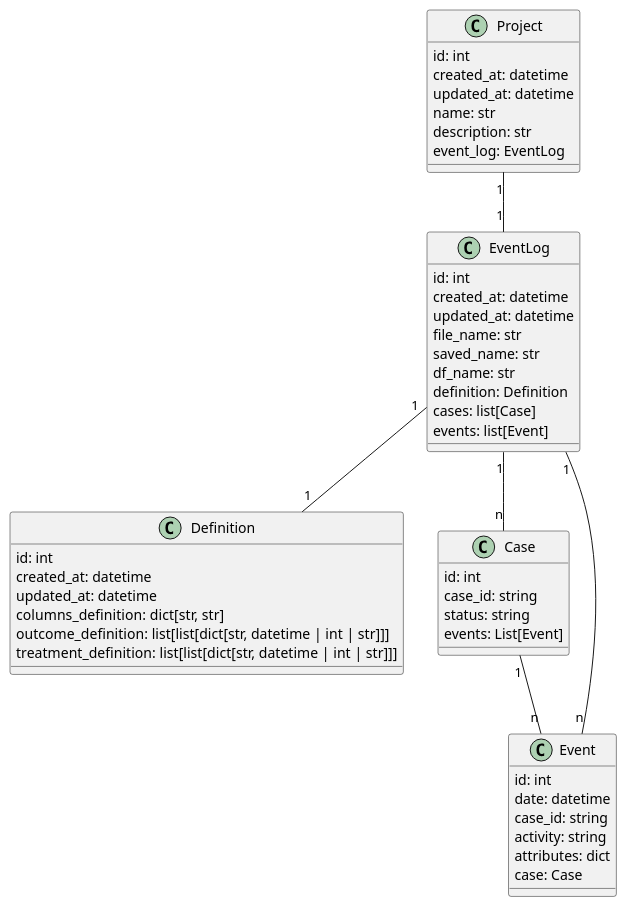
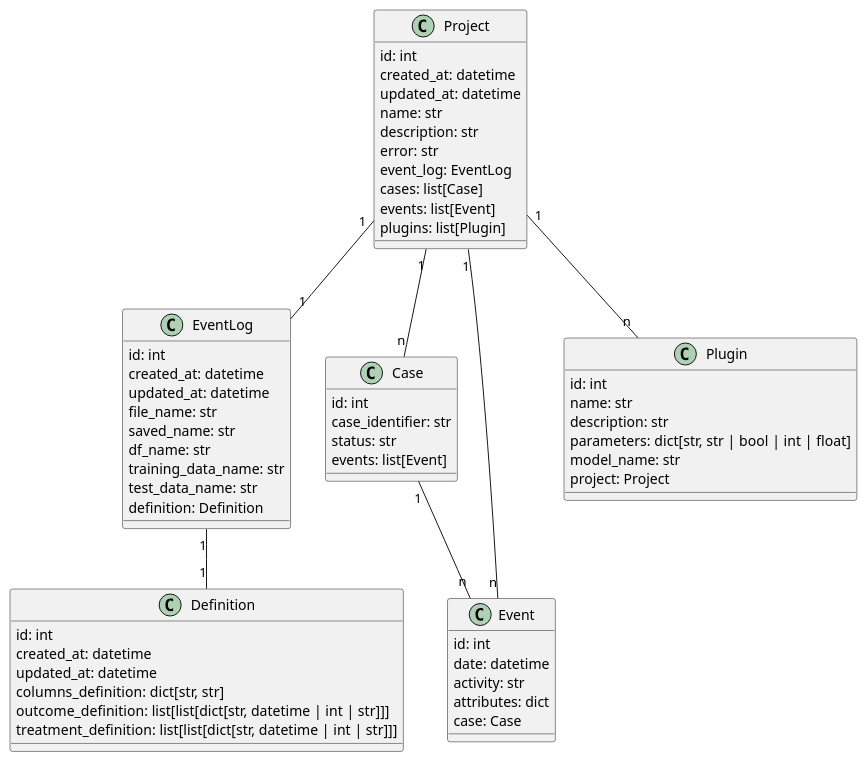
One commit to prcore/prcore changed the diagram in docs/core-classes.plantuml. Above: the diagram before and after it, drawn with PlantUML.

Commit message:
Update class diagram

```diff
--- a/docs/core-classes.plantuml
+++ b/docs/core-classes.plantuml
@@ -1,115 +1,68 @@
 @startuml core-classes
 
 class EventLog {
     id: int
     created_at: datetime
     updated_at: datetime
     file_name: str
     saved_name: str
     df_name: str
+    training_data_name: str
+    test_data_name: str
     definition: Definition
-    cases: list[Case]
-    events: list[Event]
 }
 
 class Definition {
     id: int
     created_at: datetime
     updated_at: datetime
     columns_definition: dict[str, str]
     outcome_definition: list[list[dict[str, datetime | int | str]]]
     treatment_definition: list[list[dict[str, datetime | int | str]]]
 }
 
 class Project {
     id: int
     created_at: datetime
     updated_at: datetime
     name: str
     description: str
+    error: str
     event_log: EventLog
+    cases: list[Case]
+    events: list[Event]
+    plugins: list[Plugin]
 }
 
 class Case{
     id: int
-    case_id: string
-    status: string
-    events: List[Event]
+    case_identifier: str
+    status: str
+    events: list[Event]
 }
 
 class Event{
     id: int
     date: datetime
-    case_id: string
-    activity: string
+    activity: str
     attributes: dict
     case: Case
 }
 
-'class PreviousEventLog {
-'}
-'
-'class CurrentEventLog {
-'    events: List[Event]
-'}
-'
-'class Algorithm {
-'    id: int
-'    name: string
-'    description: string
-'    parameters: dict
-'    training_task: TrainingTask
-'    model: Model
-'}
-'
-'class TrainingTask {
-'    id: int
-'    date: datetime
-'    status: string
-'}
-'
-'class Model {
-'    id: int
-'    name: string
-'    date: datetime
-'    path: string
-'}
-'
-'class PrescribingTask {
-'    id: int
-'    date: datetime
-'    status: string
-'    case_id: string
-'    algorithm: Algorithm
-'    result: Result
-'}
-'
-'class Result {
-'    id: int
-'    date: datetime
-'    case_id: string
-'    output: string
-'}
+class Plugin {
+    id: int
+    name: str
+    description: str
+    parameters: dict[str, str | bool | int | float]
+    model_name: str
+    project: Project
+}
 
-'EventLog <|-- PreviousEventLog
-'EventLog <|-- CurrentEventLog
 EventLog "1" -- "1" Definition
-EventLog "1" -- "n" Case
-EventLog "1" -- "n" Event
+Project "1" -- "1" EventLog
+Project "1" -- "n" Case
+Project "1" -- "n" Event
 Case "1" -- "n" Event
-Project "1" -- "1" EventLog
-'Project "1" -- "1" CurrentEventLog
-'CurrentEventLog "1" -- "n" Event
-'Event "n" -- "1" Case
-'Project "1" -- "n" Algorithm
-'Project "1" -- "n" TrainingTask
-'Case "1" -- "n" PrescribingTask
-'Project "1" -- "n" PrescribingTask
-'Algorithm "1" -- "1" TrainingTask
-'TrainingTask "1" -- "1" Model
-'Algorithm "1" -- "1" Model
-'Algorithm "1" -- "n" PrescribingTask
-'PrescribingTask "1" -- "1" Result
-'Case "1" -- "n" Result
+Project "1" -- "n" Plugin
 
 @enduml
```
